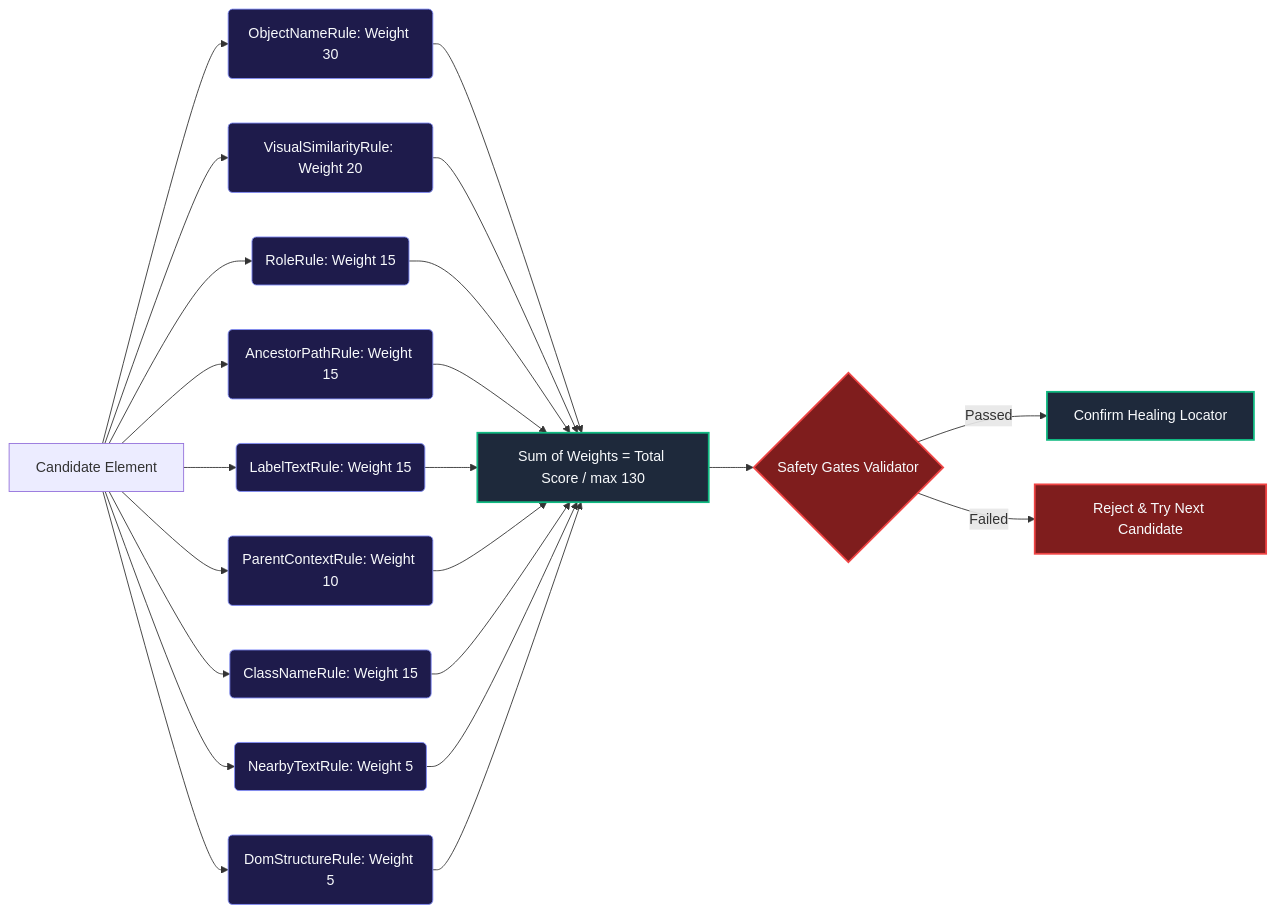
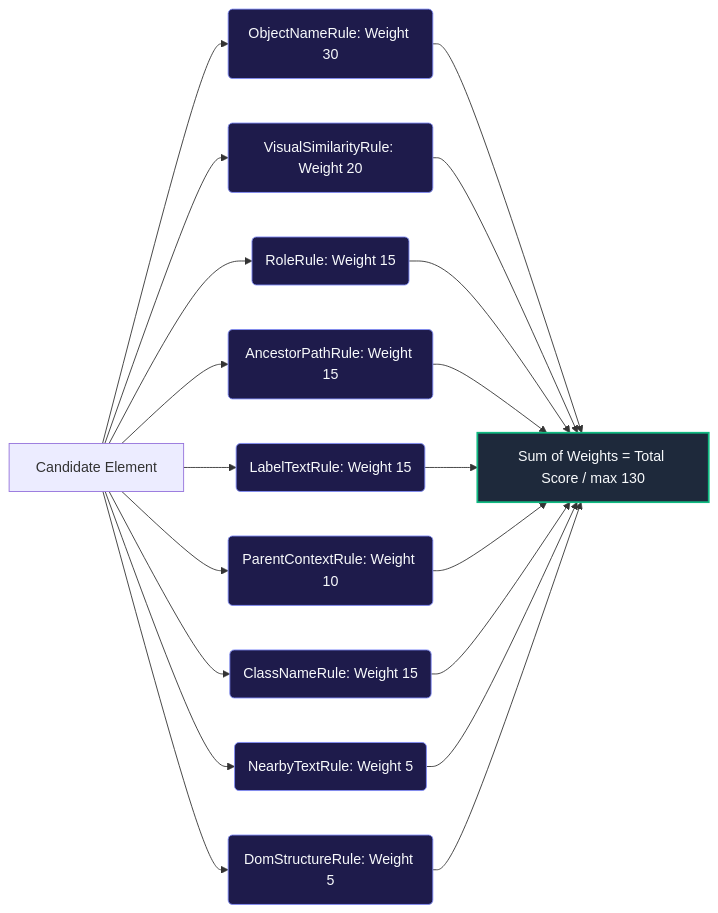
The third of 6 diagrams in docs/project-architecture.md (shambhoo-narwaria/reLOCATE.AI-Intelligent-Element-Recovery-Engine), drawn with Mermaid before and after one commit.

````diff
--- a/docs/project-architecture.md
+++ b/docs/project-architecture.md
@@ -112,31 +112,26 @@
 ```mermaid
 graph LR
     %% Styling
     classDef rule fill:#1e1b4b,stroke:#818cf8,stroke-width:1px,color:#f8fafc;
     classDef total fill:#1e293b,stroke:#10b981,stroke-width:2px,color:#f8fafc;
-    classDef gate fill:#7f1d1d,stroke:#ef4444,stroke-width:2px,color:#f8fafc;
 
     A[Candidate Element] --> R1(ObjectNameRule: Weight 30):::rule
     A --> R2(VisualSimilarityRule: Weight 20):::rule
     A --> R3(RoleRule: Weight 15):::rule
     A --> R4(AncestorPathRule: Weight 15):::rule
     A --> R5(LabelTextRule: Weight 15):::rule
     A --> R6(ParentContextRule: Weight 10):::rule
     A --> R7(ClassNameRule: Weight 15):::rule
     A --> R8(NearbyTextRule: Weight 5):::rule
     A --> R9(DomStructureRule: Weight 5):::rule
 
     R1 --> Total[Sum of Weights = Total Score / max 130]:::total
     R2 --> Total
     R3 --> Total
     R4 --> Total
     R5 --> Total
     R6 --> Total
     R7 --> Total
     R8 --> Total
     R9 --> Total
-
-    Total --> SafetyCheck{Safety Gates Validator}:::gate
-    SafetyCheck -->|Passed| Resolved[Confirm Healing Locator]:::total
-    SafetyCheck -->|Failed| Bypassed[Reject & Try Next Candidate]:::gate
 ```
````
